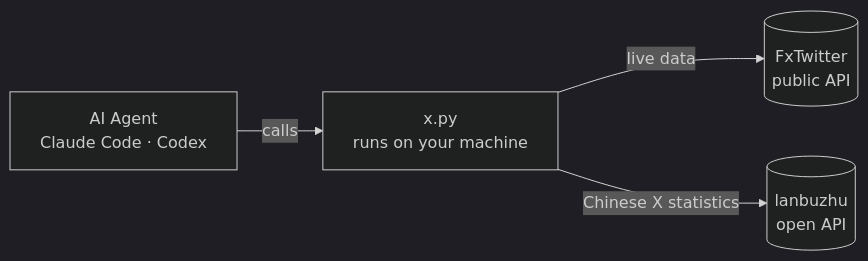
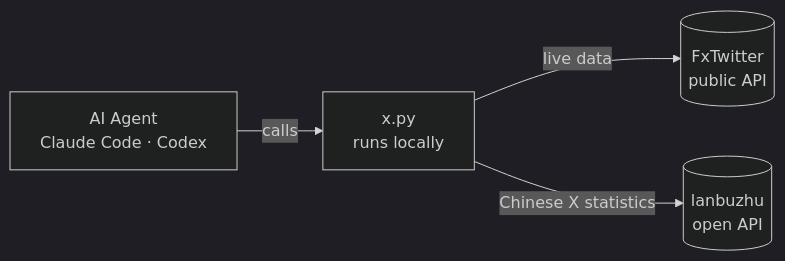
Before and after one commit to qianyubtc/X-Aggregate-Data: the diagram in README.en.md, drawn with Mermaid (dark theme). The commit also changed 1 other file, not shown here.

Commit message:
README：架构图文字改短

````diff
--- a/README.en.md
+++ b/README.en.md
@@ -193,6 +193,6 @@
 ```mermaid
 flowchart LR
-    A["AI Agent<br/>Claude Code · Codex"] -->|calls| B["x.py<br/>runs on your machine"]
+    A["AI Agent<br/>Claude Code · Codex"] -->|calls| B["x.py<br/>runs locally"]
     B -->|live data| C[("FxTwitter<br/>public API")]
     B -->|Chinese X statistics| D[("lanbuzhu<br/>open API")]
 ```
````
